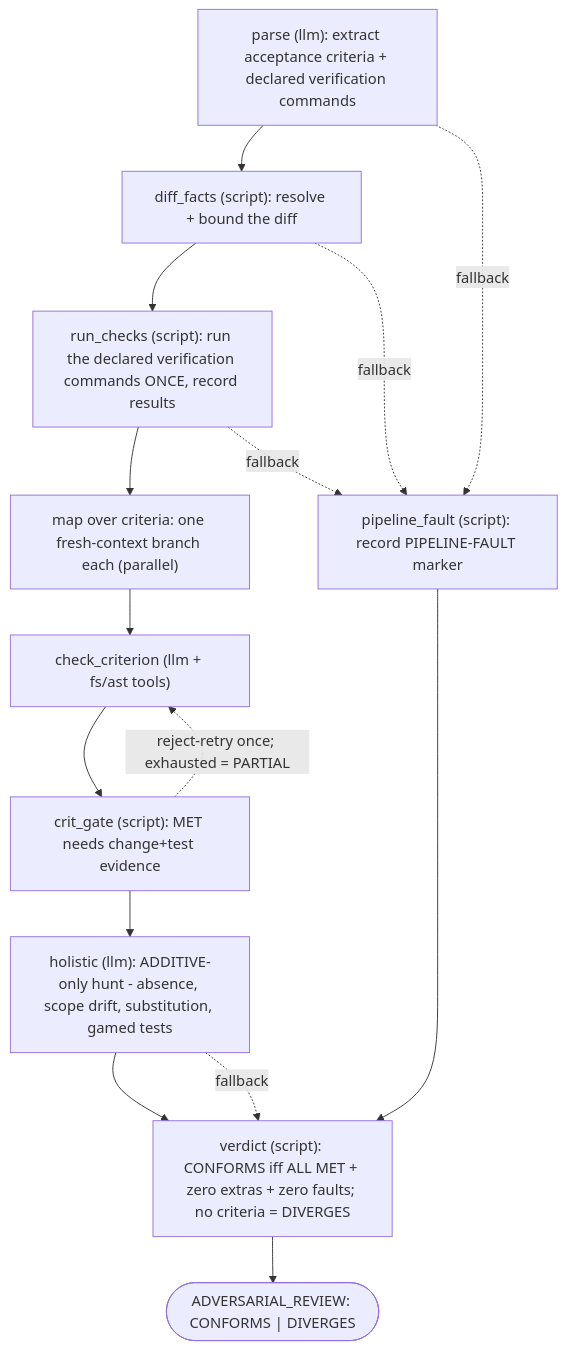
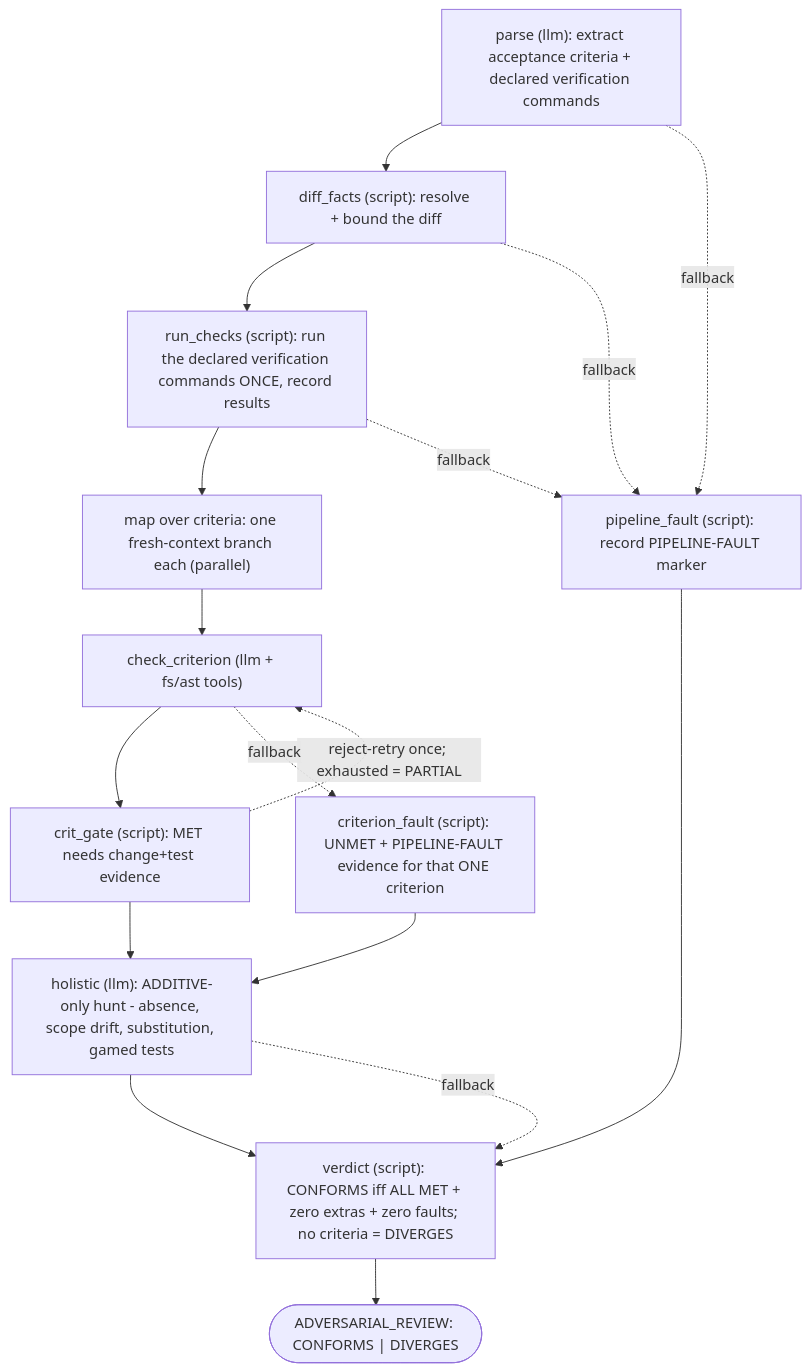
The diagram in assets/agents/adversary/README.md (Dark-Alex-17/coyote), drawn with Mermaid before and after one commit. The commit also changed other lines of this file and 4 other files, not shown here.

````diff
--- a/assets/agents/adversary/README.md
+++ b/assets/agents/adversary/README.md
@@ -67,17 +67,19 @@
 ```mermaid
 flowchart TD
     A["parse (llm): extract acceptance criteria + declared verification commands"] --> B["diff_facts (script): resolve + bound the diff"]
     B --> R["run_checks (script): run the declared verification commands ONCE, record results"]
     R --> C["map over criteria: one fresh-context branch each (parallel)"]
     C --> D["check_criterion (llm + fs/ast tools)"]
     D --> E["crit_gate (script): MET needs change+test evidence"]
     E -. "reject-retry once; exhausted = PARTIAL" .-> D
     E --> F["holistic (llm): ADDITIVE-only hunt - absence, scope drift, substitution, gamed tests"]
     F --> G["verdict (script): CONFORMS iff ALL MET + zero extras + zero faults; no criteria = DIVERGES"]
     G --> H(["ADVERSARIAL_REVIEW: CONFORMS | DIVERGES"])
     A -. "fallback" .-> P["pipeline_fault (script): record PIPELINE-FAULT marker"]
     B -. "fallback" .-> P
     R -. "fallback" .-> P
+    D -. "fallback" .-> CF["criterion_fault (script): UNMET + PIPELINE-FAULT evidence for that ONE criterion"]
+    CF --> F
     F -. "fallback" .-> G
     P --> G
 ```
````
